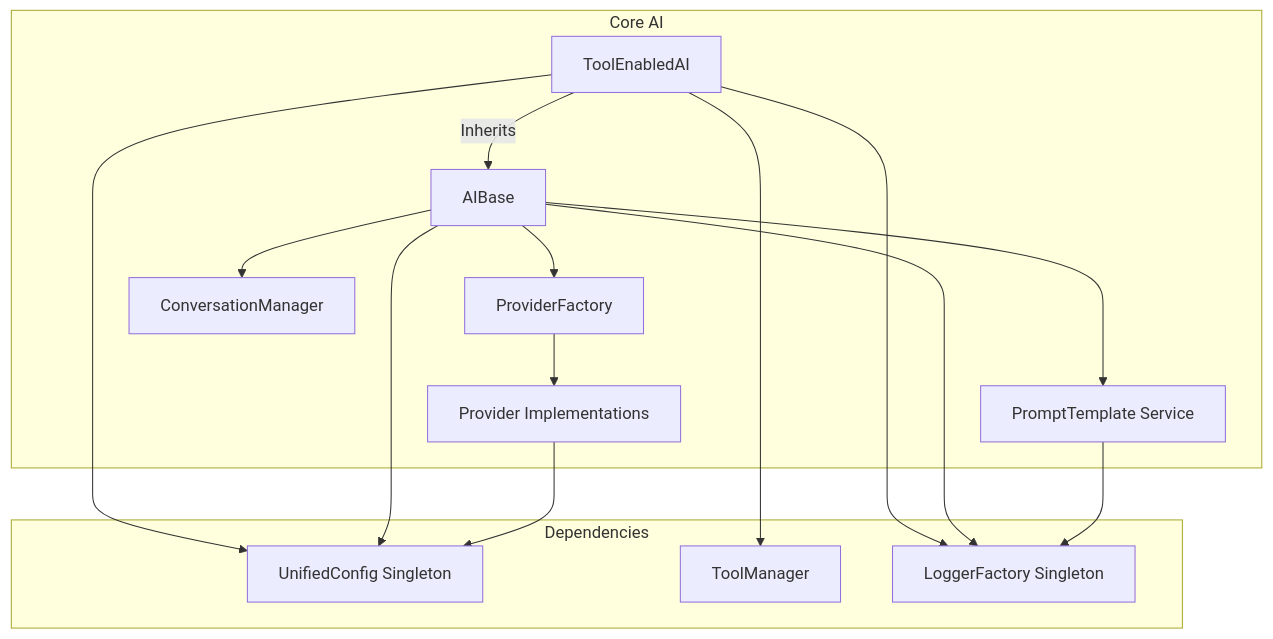
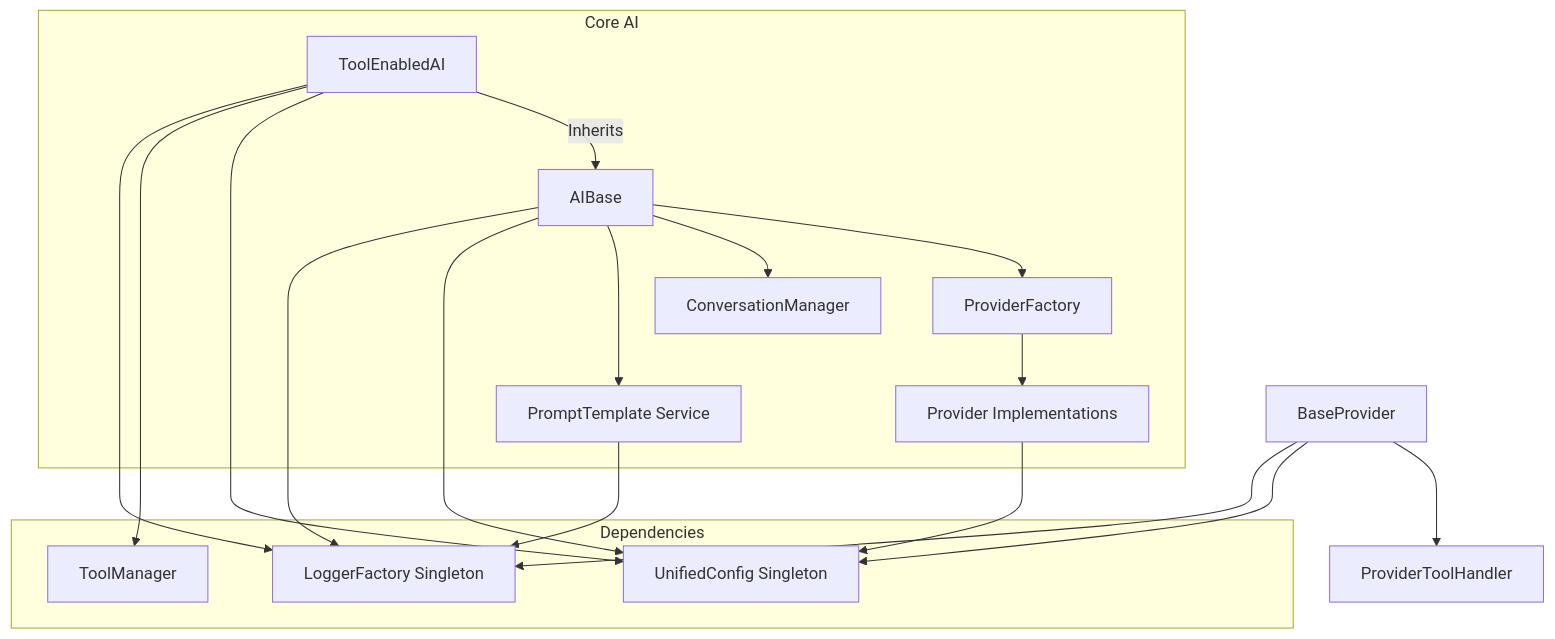
Before and after one commit to 0x00000002/agentic-ai: the second of 5 diagrams in documentation/architecture.md, drawn with Mermaid. The commit also changed other lines of this file and 15 other files, not shown here.

````diff
--- a/documentation/architecture.md
+++ b/documentation/architecture.md
@@ -108,31 +110,34 @@
 ```mermaid
 graph TD
     subgraph Core AI
         ToolEnabledAI[ToolEnabledAI]
         AIBase[AIBase]
         ProviderFactory[ProviderFactory]
         ProviderImplementations[Provider Implementations]
         ConversationManager[ConversationManager]
         PromptTemplateSvc[PromptTemplate Service]
 
         ToolEnabledAI -- Inherits --> AIBase
         AIBase --> ProviderFactory
         AIBase --> ConversationManager
         AIBase --> PromptTemplateSvc
         ProviderFactory --> ProviderImplementations
     end
 
     subgraph Dependencies
        UnifiedConfig[UnifiedConfig Singleton]
        ToolManager[ToolManager]
        LoggerFactory[LoggerFactory Singleton]
     end
 
     ToolEnabledAI --> UnifiedConfig
     ToolEnabledAI --> ToolManager
     ToolEnabledAI --> LoggerFactory
     AIBase --> UnifiedConfig
     AIBase --> LoggerFactory
     ProviderImplementations --> UnifiedConfig
     PromptTemplateSvc --> LoggerFactory
+    BaseProvider --> ProviderToolHandler
+    BaseProvider --> UnifiedConfig
+    BaseProvider --> LoggerFactory
 ```
````
